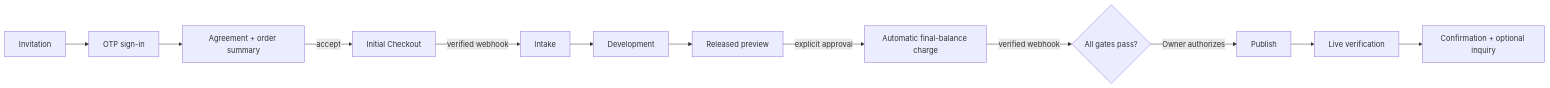
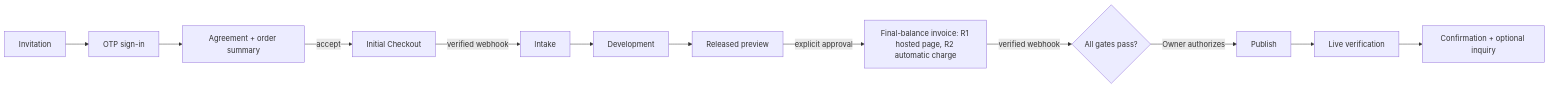
Before and after one commit to sjr425151-collab/spotlight-client-portal: the first of 2 diagrams in docs/01-PROJECT-OVERVIEW.md, drawn with Mermaid. The commit also changed other lines of this file and 17 other files, not shown here.

````diff
--- a/docs/01-PROJECT-OVERVIEW.md
+++ b/docs/01-PROJECT-OVERVIEW.md
@@ -55,10 +55,10 @@
 ```mermaid
 flowchart LR
   A[Invitation] --> B[OTP sign-in] --> C[Agreement + order summary]
   C -->|accept| D[Initial Checkout]
   D -->|verified webhook| E[Intake]
   E --> F[Development] --> G[Released preview]
-  G -->|explicit approval| H[Automatic final-balance charge]
+  G -->|explicit approval| H[Final-balance invoice: R1 hosted page, R2 automatic charge]
   H -->|verified webhook| I{All gates pass?}
   I -->|Owner authorizes| J[Publish] --> K[Live verification] --> L[Confirmation + optional inquiry]
 ```
````
